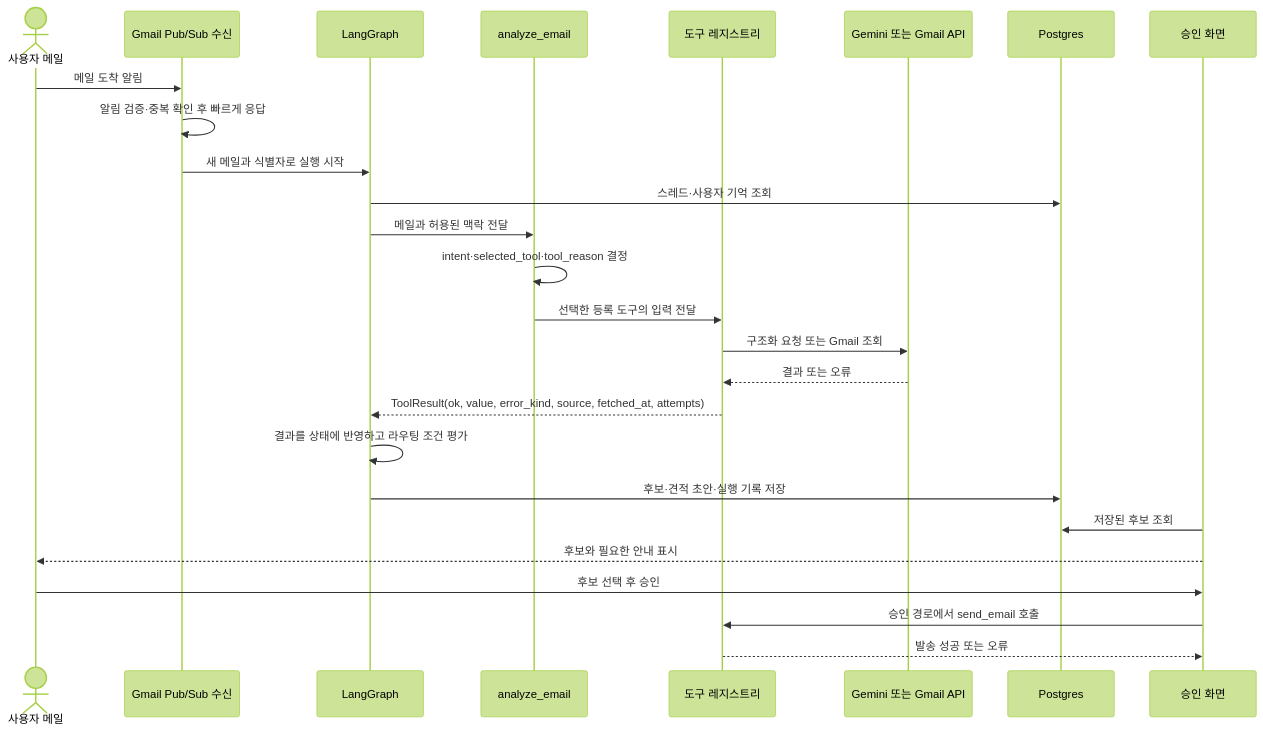
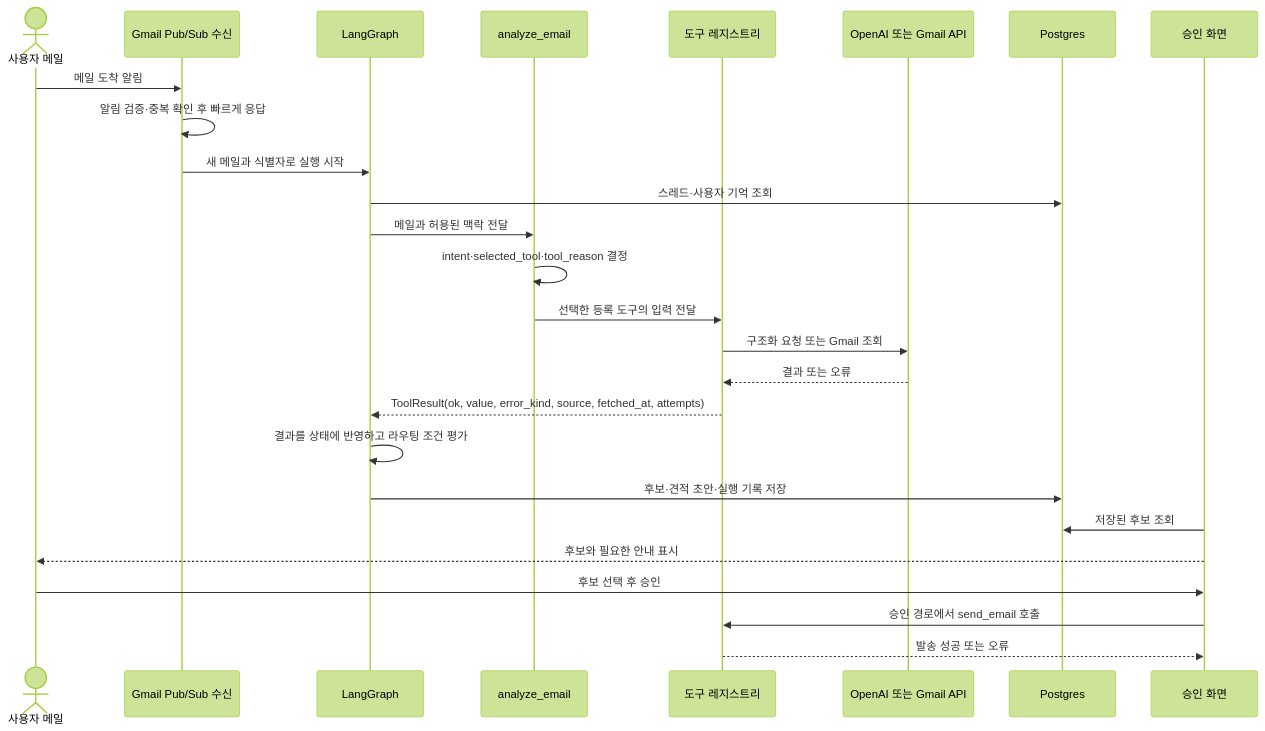
Before and after one commit to encore-ai-campus/aio-03-p2-team3: the second of 2 diagrams in docs/ARCHITECTURE.md, drawn with Mermaid (forest theme). The commit also changed 35 other files, not shown here.

````diff
--- a/docs/ARCHITECTURE.md
+++ b/docs/ARCHITECTURE.md
@@ -84,28 +84,28 @@
 ```mermaid
 sequenceDiagram
     actor User as 사용자 메일
     participant Push as Gmail Pub/Sub 수신
     participant Graph as LangGraph
     participant Analyze as analyze_email
     participant Tool as 도구 레지스트리
-    participant API as Gemini 또는 Gmail API
+    participant API as OpenAI 또는 Gmail API
     participant DB as Postgres
     participant UI as 승인 화면
     User->>Push: 메일 도착 알림
     Push->>Push: 알림 검증·중복 확인 후 빠르게 응답
     Push->>Graph: 새 메일과 식별자로 실행 시작
     Graph->>DB: 스레드·사용자 기억 조회
     Graph->>Analyze: 메일과 허용된 맥락 전달
     Analyze->>Analyze: intent·selected_tool·tool_reason 결정
     Analyze->>Tool: 선택한 등록 도구의 입력 전달
     Tool->>API: 구조화 요청 또는 Gmail 조회
     API-->>Tool: 결과 또는 오류
     Tool-->>Graph: ToolResult(ok, value, error_kind, source, fetched_at, attempts)
     Graph->>Graph: 결과를 상태에 반영하고 라우팅 조건 평가
     Graph->>DB: 후보·견적 초안·실행 기록 저장
     UI->>DB: 저장된 후보 조회
     UI-->>User: 후보와 필요한 안내 표시
     User->>UI: 후보 선택 후 승인
     UI->>Tool: 승인 경로에서 send_email 호출
     Tool-->>UI: 발송 성공 또는 오류
 ```
````
